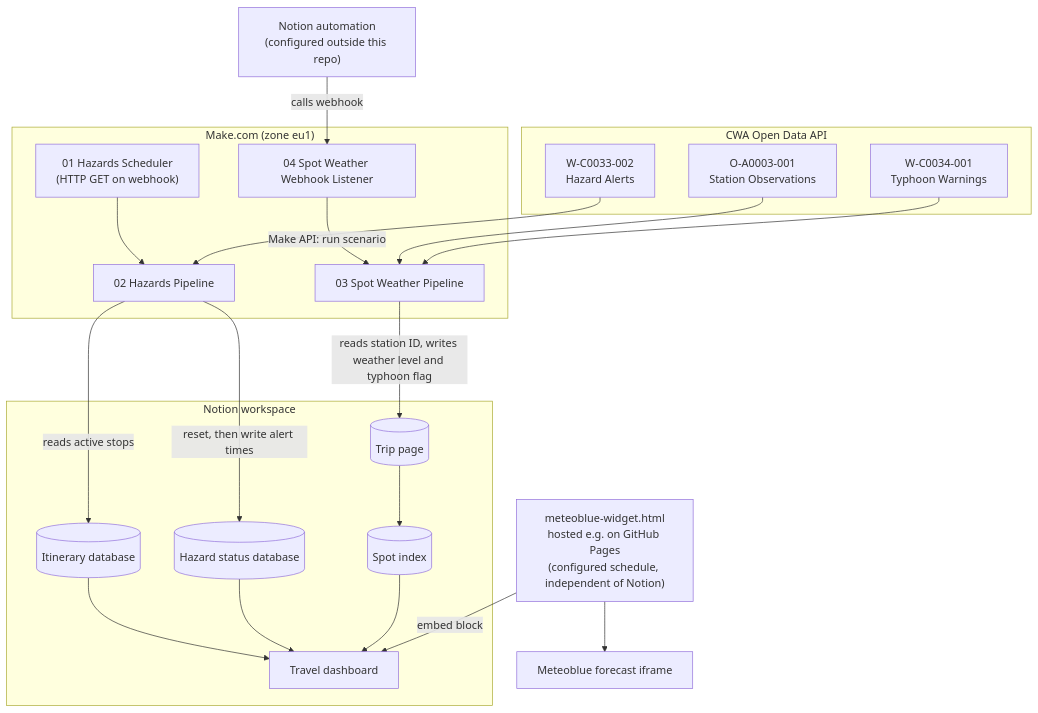
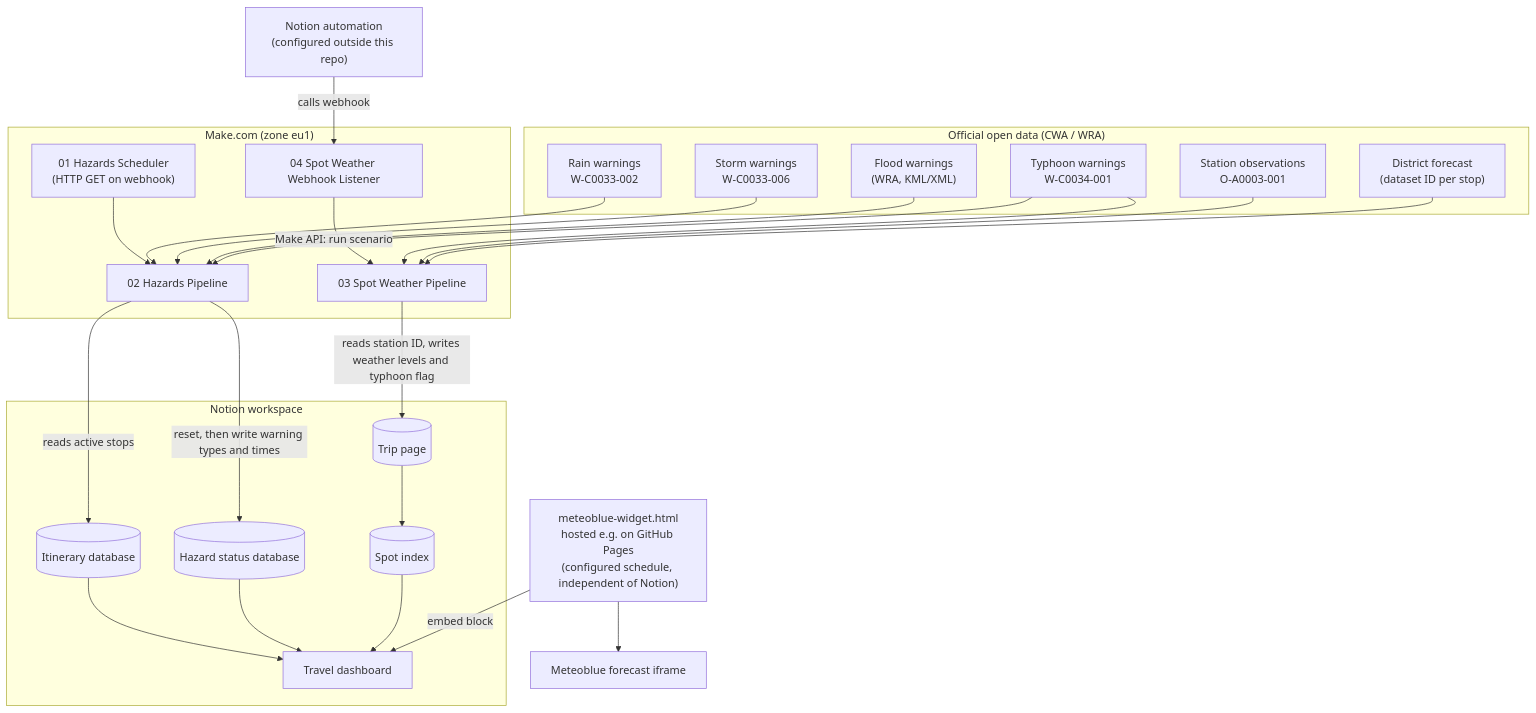
Before and after one commit to bisch2306/travel-weather-intelligence-system: the first of 4 diagrams in README.md, drawn with Mermaid. The commit also changed other lines of this file, not shown here.

````diff
--- a/README.md
+++ b/README.md
@@ -21,37 +22,44 @@
 ```mermaid
 graph TD
-    subgraph CWA["CWA Open Data API"]
-        A1["W-C0033-002<br/>Hazard Alerts"]
-        A2["O-A0003-001<br/>Station Observations"]
-        A3["W-C0034-001<br/>Typhoon Warnings"]
+    subgraph SRC["Official open data (CWA / WRA)"]
+        A1["Rain warnings<br/>W-C0033-002"]
+        A2["Storm warnings<br/>W-C0033-006"]
+        A3["Flood warnings<br/>(WRA, KML/XML)"]
+        A4["Typhoon warnings<br/>W-C0034-001"]
+        A5["Station observations<br/>O-A0003-001"]
+        A6["District forecast<br/>(dataset ID per stop)"]
     end
 
     subgraph Make["Make.com (zone eu1)"]
         S1["01 Hazards Scheduler<br/>(HTTP GET on webhook)"] --> H["02 Hazards Pipeline"]
         W1["04 Spot Weather Webhook Listener"] -->|"Make API: run scenario"| P["03 Spot Weather Pipeline"]
     end
 
     T["Notion automation<br/>(configured outside this repo)"] -->|"calls webhook"| W1
 
     subgraph Notion["Notion workspace"]
         HD[("Hazard status database")]
         ID[("Itinerary database")]
         TR[("Trip page")]
         SP[("Spot index")]
         DB["Travel dashboard"]
     end
 
     A1 --> H
-    A2 --> P
-    A3 --> P
+    A2 --> H
+    A3 --> H
+    A4 --> H
+    A4 --> P
+    A5 --> P
+    A6 --> P
     H -->|"reads active stops"| ID
-    H -->|"reset, then write alert times"| HD
-    P -->|"reads station ID, writes weather level and typhoon flag"| TR
+    H -->|"reset, then write warning types and times"| HD
+    P -->|"reads station ID, writes weather levels and typhoon flag"| TR
     TR --> SP
     ID --> DB
     HD --> DB
     SP --> DB
 
     WG["meteoblue-widget.html<br/>hosted e.g. on GitHub Pages<br/>(configured schedule, independent of Notion)"] -->|"embed block"| DB
     WG --> MB["Meteoblue forecast iframe"]
 ```
````
